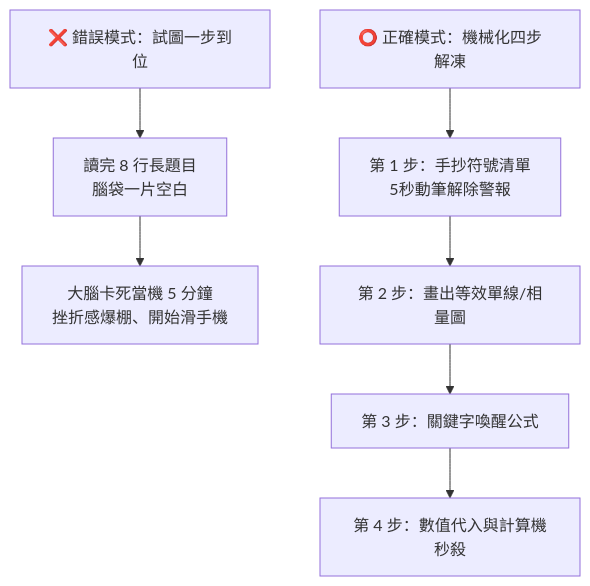
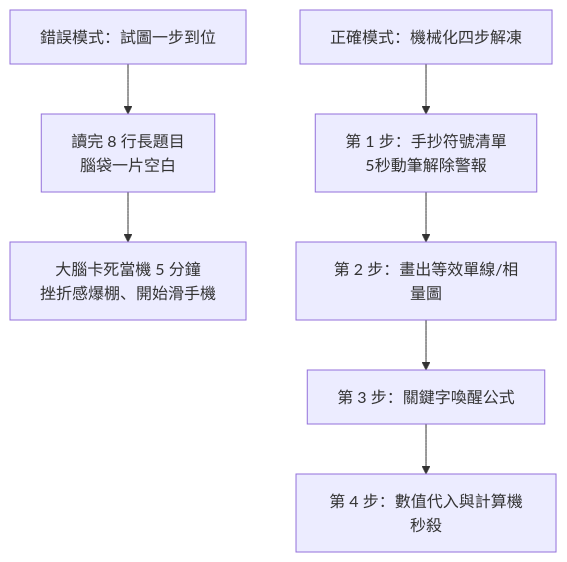
One commit to DB2BD/ee-exam-workbench changed the diagram in docs/02_考場策略/卡題破局指南.md. Above: the diagram before and after it, drawn with Mermaid. The commit also changed other lines of this file and 320 other files, not shown here.

````diff
--- a/docs/02_考場策略/卡題破局指南.md
+++ b/docs/02_考場策略/卡題破局指南.md
@@ -18,10 +18,10 @@
 ```mermaid
 graph TD
-    A[❌ 錯誤模式：試圖一步到位] --> A1[讀完 8 行長題目<br>腦袋一片空白]
+    A[錯誤模式：試圖一步到位] --> A1[讀完 8 行長題目<br>腦袋一片空白]
     A1 --> A2[大腦卡死當機 5 分鐘<br>挫折感爆棚、開始滑手機]
     
-    B[⭕ 正確模式：機械化四步解凍] --> B1[第 1 步：手抄符號清單<br>5秒動筆解除警報]
+    B[正確模式：機械化四步解凍] --> B1[第 1 步：手抄符號清單<br>5秒動筆解除警報]
     B1 --> B2[第 2 步：畫出等效單線/相量圖]
     B2 --> B3[第 3 步：關鍵字喚醒公式]
     B3 --> B4[第 4 步：數值代入與計算機秒殺]
 ```
````
